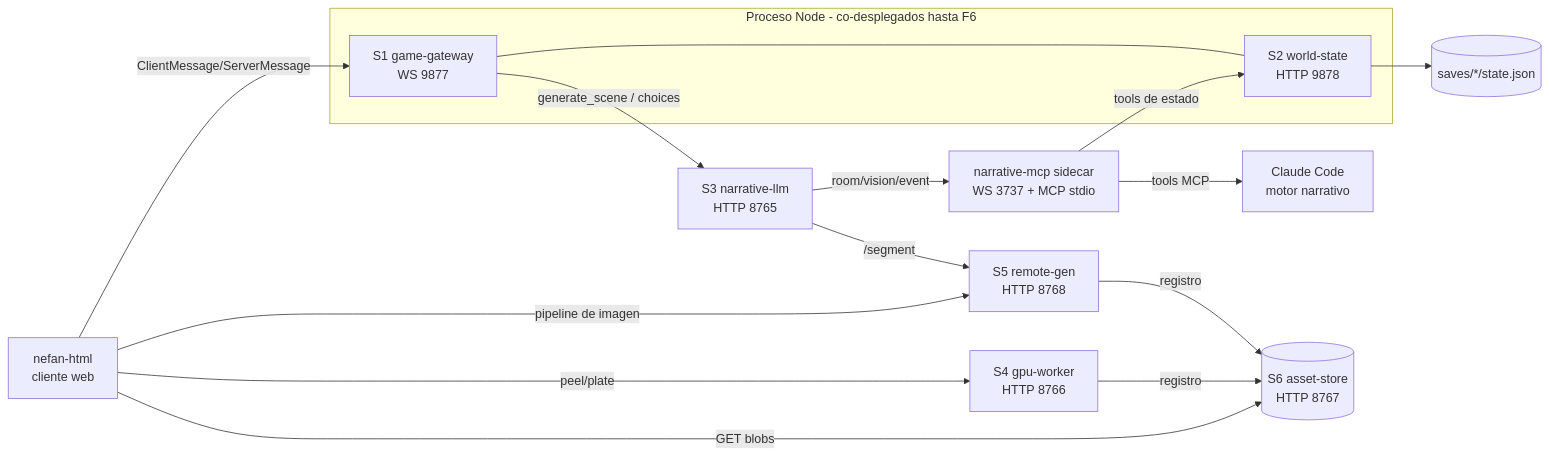
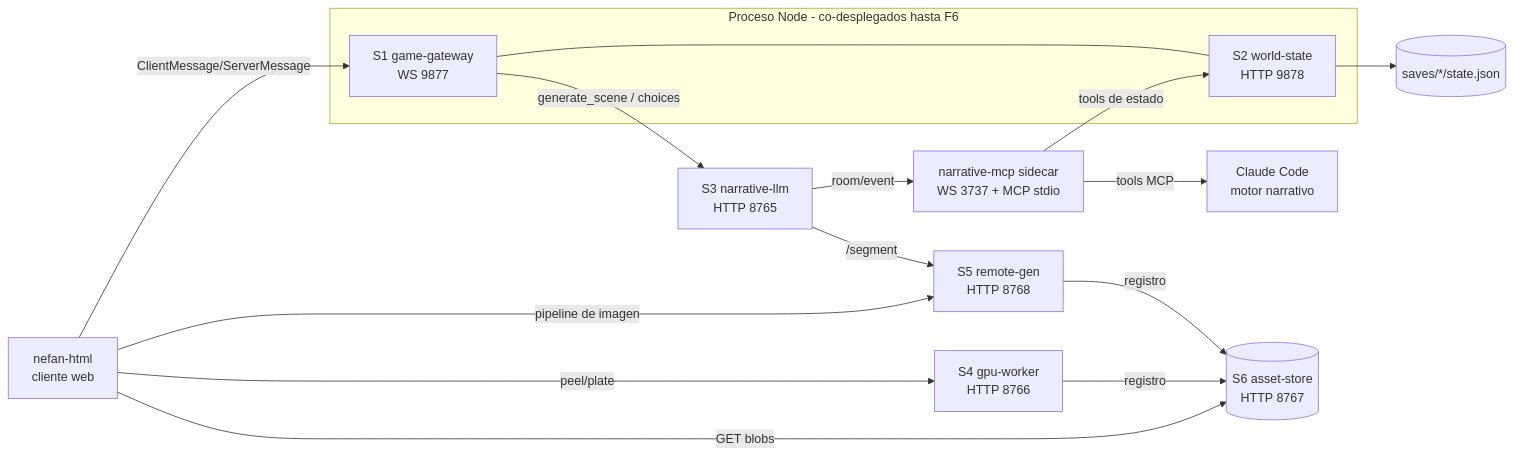
The diagram in docs/microservices/README.md (alberto-hortelano/ne-fan), drawn with Mermaid before and after one commit. The commit also changed other lines of this file and 27 other files, not shown here.

````diff
--- a/docs/microservices/README.md
+++ b/docs/microservices/README.md
@@ -23,29 +23,29 @@
 ```mermaid
 flowchart LR
   HTML[nefan-html<br/>cliente web]
   subgraph nodeproc [Proceso Node - co-desplegados hasta F6]
     S1[S1 game-gateway<br/>WS 9877]
     S2[S2 world-state<br/>HTTP 9878]
   end
   S3[S3 narrative-llm<br/>HTTP 8765]
   MCP[narrative-mcp sidecar<br/>WS 3737 + MCP stdio]
   CC[Claude Code<br/>motor narrativo]
   S4[S4 gpu-worker<br/>HTTP 8766]
   S5[S5 remote-gen<br/>HTTP 8768]
   S6[(S6 asset-store<br/>HTTP 8767)]
   SAVES[(saves/*/state.json)]
 
   HTML -- ClientMessage/ServerMessage --> S1
   HTML -- pipeline de imagen --> S5
   HTML -- peel/plate --> S4
   S1 --- S2
   S2 --> SAVES
   S1 -- generate_scene / choices --> S3
-  S3 -- room/vision/event --> MCP
+  S3 -- room/event --> MCP
   MCP -- tools MCP --> CC
   MCP -- tools de estado --> S2
   S3 -- /segment --> S5
   S4 -- registro --> S6
   S5 -- registro --> S6
   HTML -- GET blobs --> S6
 ```
````
